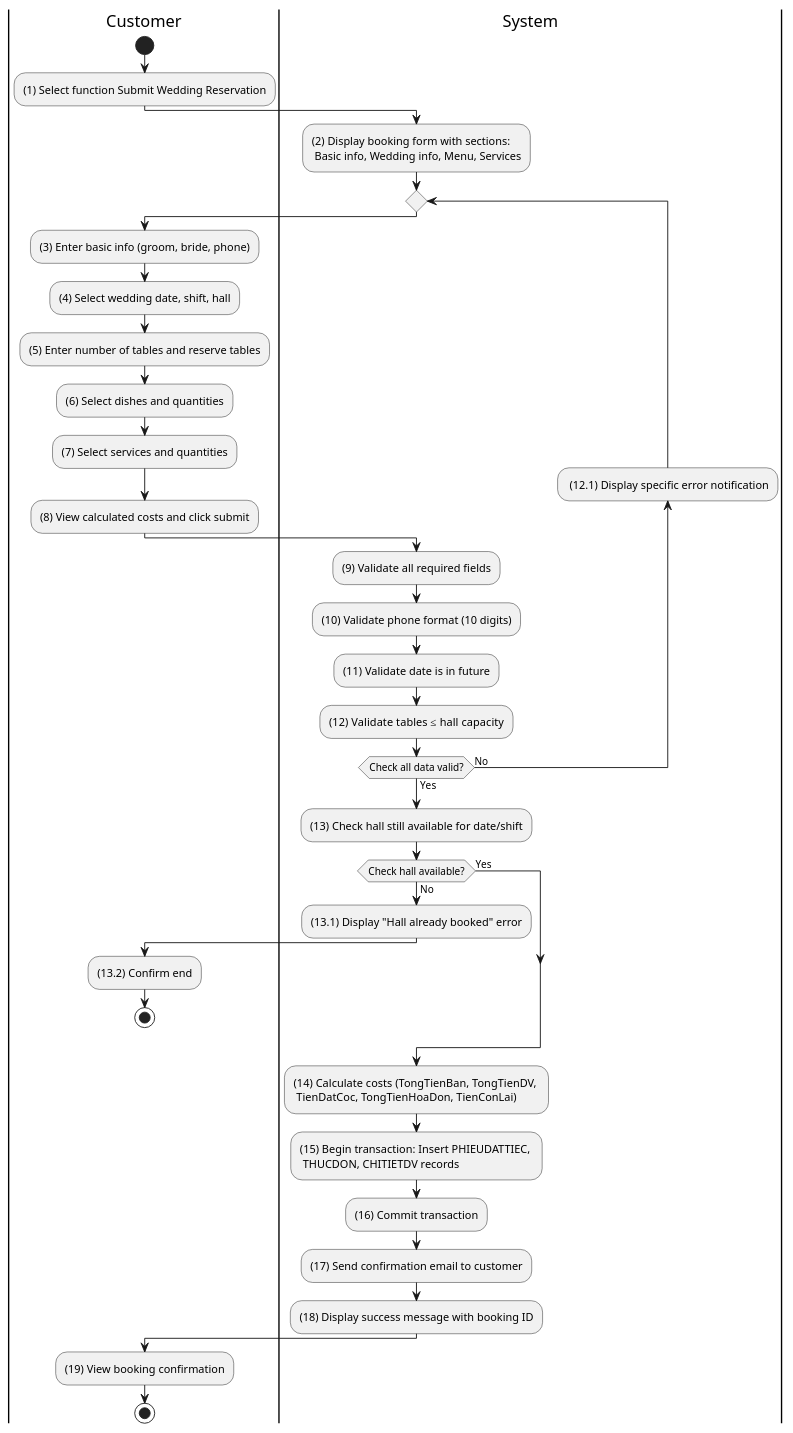
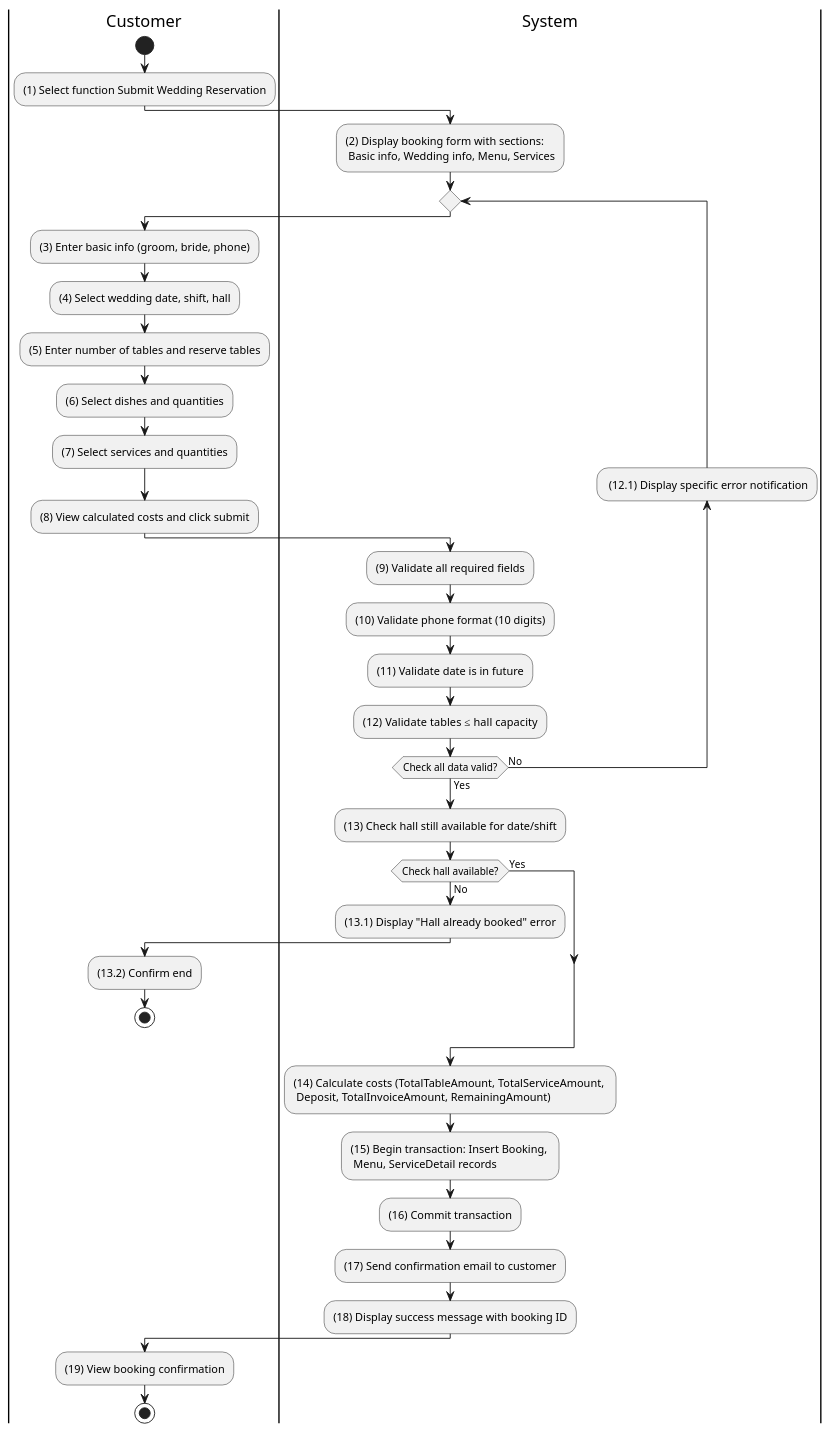
Before and after one commit to se113-wm/se113-wm.github.io: the diagram in docs/docs/activity for wedding management system/customer-bookings/submit-wedding-reservation.md, drawn with PlantUML. The commit also changed 64 other files, not shown here.

````diff
--- a/docs/docs/activity for wedding management system/customer-bookings/submit-wedding-reservation.md
+++ b/docs/docs/activity for wedding management system/customer-bookings/submit-wedding-reservation.md
@@ -3,55 +3,55 @@
 ```plantuml
 @startuml
 |C|Customer
 |Sys|System
 
 |C|
 start
 
 :(1) Select function Submit Wedding Reservation;
 
 |Sys|
 :(2) Display booking form with sections: \n Basic info, Wedding info, Menu, Services;
 
 repeat
 	|C|
 	:(3) Enter basic info (groom, bride, phone);
 	:(4) Select wedding date, shift, hall;
 	:(5) Enter number of tables and reserve tables;
 	:(6) Select dishes and quantities;
 	:(7) Select services and quantities;
 	:(8) View calculated costs and click submit;
 
 	|Sys|
 	:(9) Validate all required fields;
 	:(10) Validate phone format (10 digits);
 	:(11) Validate date is in future;
 	:(12) Validate tables ≤ hall capacity;
 	backward: (12.1) Display specific error notification;
 repeat while (Check all data valid?) is (No) not (Yes)
 
 |Sys|
 :(13) Check hall still available for date/shift;
 
 if (Check hall available?) then (No)
 	:(13.1) Display "Hall already booked" error;
 	|C|
 	:(13.2) Confirm end;
 	stop
 else (Yes)
 endif
 
 |Sys|
-:(14) Calculate costs (TongTienBan, TongTienDV, \n TienDatCoc, TongTienHoaDon, TienConLai);
-:(15) Begin transaction: Insert PHIEUDATTIEC, \n THUCDON, CHITIETDV records;
+:(14) Calculate costs (TotalTableAmount, TotalServiceAmount, \n Deposit, TotalInvoiceAmount, RemainingAmount);
+:(15) Begin transaction: Insert Booking, \n Menu, ServiceDetail records;
 :(16) Commit transaction;
 :(17) Send confirmation email to customer;
 :(18) Display success message with booking ID;
 
 |C|
 :(19) View booking confirmation;
 
 stop
 
 @enduml
 ```
````
